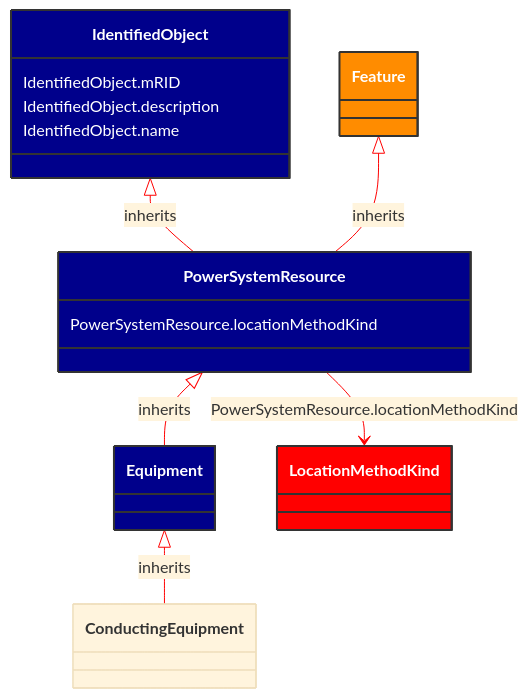
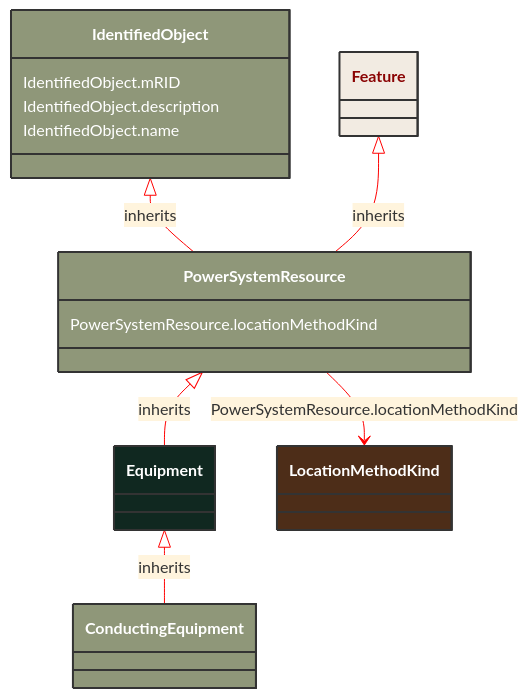
One commit to 3lbits/NoCIMExtensions changed the diagram in docs/Models/Profiles/AviationObstacle/AbstractClasses/Equipment.md. Above: the diagram before and after it, drawn with Mermaid. The commit also changed 190 other files, not shown here.

````diff
--- a/docs/Models/Profiles/AviationObstacle/AbstractClasses/Equipment.md
+++ b/docs/Models/Profiles/AviationObstacle/AbstractClasses/Equipment.md
@@ -10,39 +10,37 @@
 ```mermaid
 %%{init: {'theme':'base','themeVariables': {'lineColor': '#FF0000'}}}%%
 classDiagram
     class Equipment
     click Equipment href "/Models/Profiles/AviationObstacle/AbstractClasses/Equipment/"
-    style Equipment fill:#006400,stroke:#333,stroke-width:2px,rx:10,ry:10,color:white
+    style Equipment fill:#102820,stroke:#333,stroke-width:2px,rx:10,ry:10,color:white
 
         Equipment <|-- ConductingEquipment : inherits
-            click Equipment href "/Models/Profiles/AviationObstacle/AbstractClasses/Equipment/"
-            style Equipment fill:#00008B,stroke:#333,stroke-width:2px,rx:10,ry:10,color:white
 
         ConductingEquipment
             click ConductingEquipment href "/Models/Profiles/AviationObstacle/AbstractClasses/ConductingEquipment/"
-            style Equipment fill:#00008B,stroke:#333,stroke-width:2px,rx:10,ry:10,color:white
-
+            style ConductingEquipment fill:#8F9779,stroke:#333,stroke-width:2px,rx:10,ry:10,color:white
+     
         PowerSystemResource <|-- Equipment : inherits
             click PowerSystemResource href "/Models/Profiles/AviationObstacle/AbstractClasses/PowerSystemResource/"
-            style PowerSystemResource fill:#00008B,stroke:#333,stroke-width:2px,rx:10,ry:10,color:white
-
+            style PowerSystemResource fill:#8F9779,stroke:#333,stroke-width:2px,rx:10,ry:10,color:white
+     
         IdentifiedObject <|-- PowerSystemResource : inherits
             click IdentifiedObject href "/Models/Profiles/AviationObstacle/AbstractClasses/IdentifiedObject/"
-            style IdentifiedObject fill:#00008B,stroke:#333,stroke-width:2px,rx:10,ry:10,color:white
+            style IdentifiedObject fill:#8F9779,stroke:#333,stroke-width:2px,rx:10,ry:10,color:white
 
         Feature <|-- PowerSystemResource : inherits
             click Feature href "/Models/Profiles/AviationObstacle/ConcreteClasses/Feature/"
-            style Feature fill:#FF8C00,stroke:#333,stroke-width:2px,rx:10,ry:10,color:white
+            style Feature fill:#F2EBE2,stroke:#333,stroke-width:2px,rx:10,ry:10,color:#8A0303
 
 
         PowerSystemResource --> LocationMethodKind : PowerSystemResource.locationMethodKind
 
         LocationMethodKind
             click LocationMethodKind href "/Models/Profiles/AviationObstacle/Enumerations/LocationMethodKind/"
-            style LocationMethodKind fill:#FF0000,stroke:#333,stroke-width:2px,rx:10,ry:10,color:white
+            style LocationMethodKind fill:#4D2D18,stroke:#333,stroke-width:2px,rx:10,ry:10,color:white
 
         PowerSystemResource : PowerSystemResource.locationMethodKind
         IdentifiedObject : IdentifiedObject.mRID
         IdentifiedObject : IdentifiedObject.description
         IdentifiedObject : IdentifiedObject.name
 ```
````
